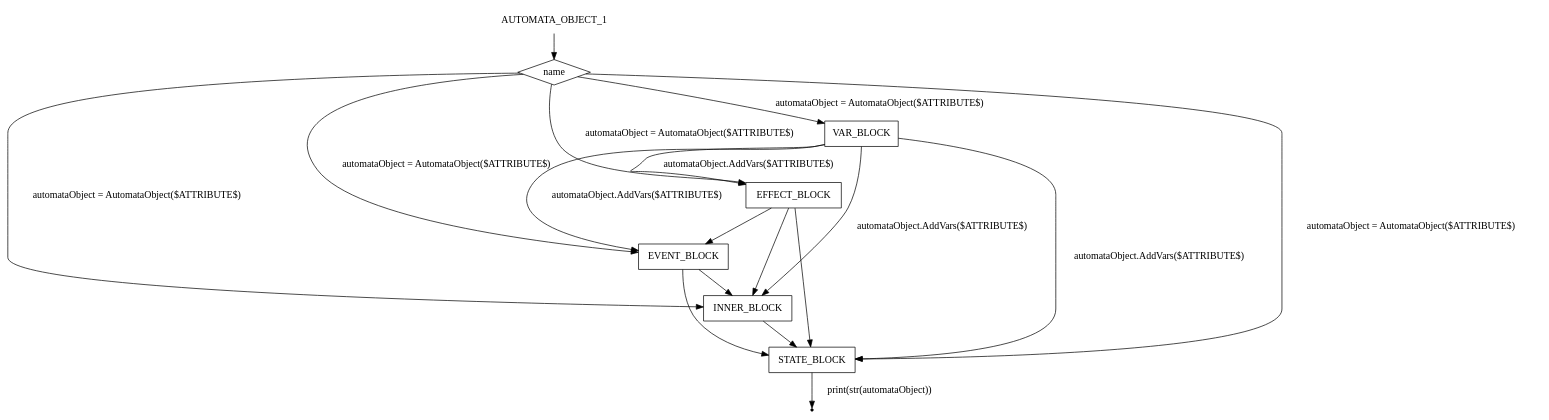
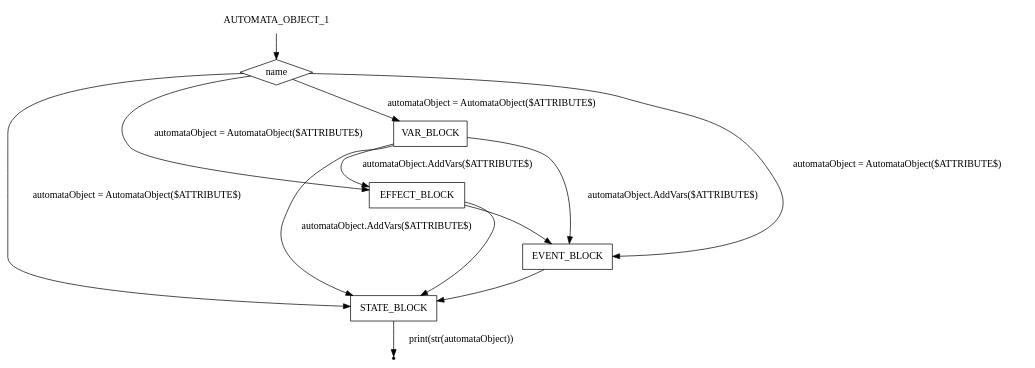
One commit to Samirox66/ciao changed the diagram in ciao_gv/automata_object1.gv. Above: the diagram before and after it, drawn with Graphviz. The commit also changed 10 other files, not shown here.

```diff
--- a/ciao_gv/automata_object1.gv
+++ b/ciao_gv/automata_object1.gv
@@ -1,27 +1,21 @@
 digraph AUTOMATA_OBJECT_1 {
     start [label=AUTOMATA_OBJECT_1 shape=plaintext]
     A [label=name shape=diamond]
     B [label=VAR_BLOCK shape=box]
     C [label=EFFECT_BLOCK shape=box]
     D [label=EVENT_BLOCK shape=box]
-    E [label=INNER_BLOCK shape=box]
     F [label=STATE_BLOCK shape=box]
     end [label="" shape=point]
     start -> A
     A -> B [label="automataObject = AutomataObject($ATTRIBUTE$)"]
     A -> C [label="automataObject = AutomataObject($ATTRIBUTE$)"]
     A -> D [label="automataObject = AutomataObject($ATTRIBUTE$)"]
-    A -> E [label="automataObject = AutomataObject($ATTRIBUTE$)"]
     A -> F [label="automataObject = AutomataObject($ATTRIBUTE$)"]
     B -> C [label="automataObject.AddVars($ATTRIBUTE$)"]
     B -> D [label="automataObject.AddVars($ATTRIBUTE$)"]
-    B -> E [label="automataObject.AddVars($ATTRIBUTE$)"]
     B -> F [label="automataObject.AddVars($ATTRIBUTE$)"]
     C -> D
-    C -> E
     C -> F
-    D -> E
     D -> F
-    E -> F
     F -> end [label="print(str(automataObject))"]
 }
```
